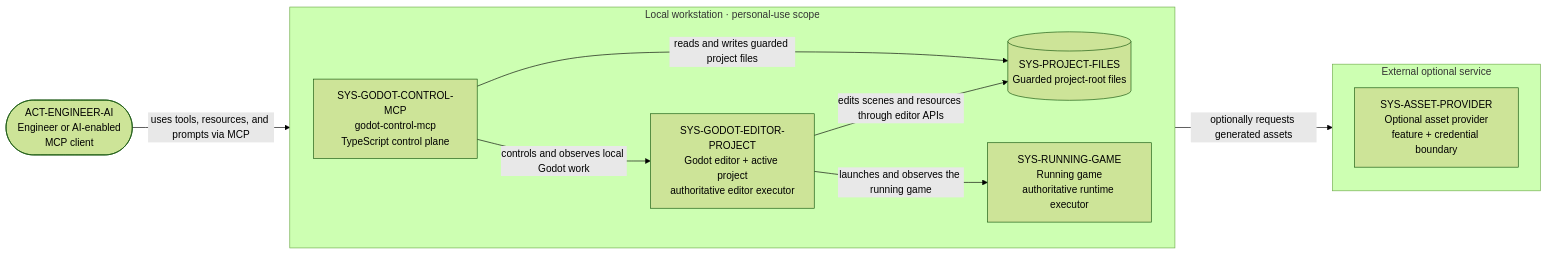
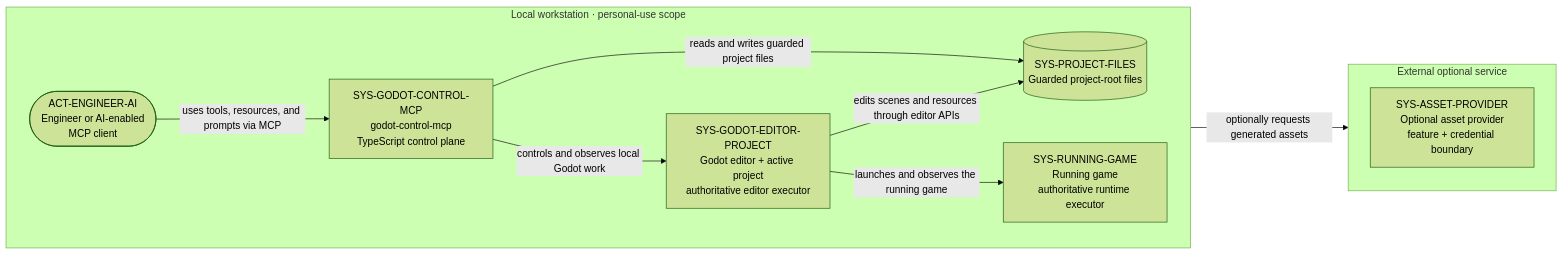
One commit to 9thLevelSoftware/robogodot changed the diagram in docs/architecture/01-system-context.md. Above: the diagram before and after it, drawn with Mermaid (forest theme). The commit also changed 7 other files, not shown here.

Commit message:
fix: harden architecture atlas validation

````diff
--- a/docs/architecture/01-system-context.md
+++ b/docs/architecture/01-system-context.md
@@ -15,43 +15,43 @@
 ```mermaid
 flowchart LR
   accTitle: Godot Control MCP system context
   accDescr: An engineer or AI-enabled MCP client uses a local TypeScript control plane to direct the Godot editor, a running game, and guarded project files, with an optional external asset provider outside the workstation boundary.
 
-  %% atlas-node: ACT-ENGINEER-AI
-  ACT_ENGINEER_AI(["ACT-ENGINEER-AI<br/>Engineer or AI-enabled<br/>MCP client"])
-
   subgraph LOCAL_WORKSTATION["Local workstation · personal-use scope"]
     direction LR
+
+    %% atlas-node: ACT-ENGINEER-AI
+    ACT_ENGINEER_AI(["ACT-ENGINEER-AI<br/>Engineer or AI-enabled<br/>MCP client"])
 
     %% atlas-node: SYS-GODOT-CONTROL-MCP
     SYS_GODOT_CONTROL_MCP["SYS-GODOT-CONTROL-MCP<br/>godot-control-mcp<br/>TypeScript control plane"]
 
     %% atlas-node: SYS-GODOT-EDITOR-PROJECT
     SYS_GODOT_EDITOR_PROJECT["SYS-GODOT-EDITOR-PROJECT<br/>Godot editor + active project<br/>authoritative editor executor"]
 
     %% atlas-node: SYS-RUNNING-GAME
     SYS_RUNNING_GAME["SYS-RUNNING-GAME<br/>Running game<br/>authoritative runtime executor"]
 
     %% atlas-node: SYS-PROJECT-FILES
     SYS_PROJECT_FILES[("SYS-PROJECT-FILES<br/>Guarded project-root files")]
   end
 
   subgraph EXTERNAL_OPTIONAL["External optional service"]
     direction TB
     %% atlas-node: SYS-ASSET-PROVIDER
     SYS_ASSET_PROVIDER["SYS-ASSET-PROVIDER<br/>Optional asset provider<br/>feature + credential boundary"]
   end
 
   %% atlas-flow: FLOW-CTX-001
   ACT_ENGINEER_AI -->|"uses tools, resources, and prompts via MCP"| SYS_GODOT_CONTROL_MCP
   %% atlas-flow: FLOW-CTX-002
   SYS_GODOT_CONTROL_MCP -->|"controls and observes local Godot work"| SYS_GODOT_EDITOR_PROJECT
   %% atlas-flow: FLOW-CTX-003
   SYS_GODOT_EDITOR_PROJECT -->|"edits scenes and resources through editor APIs"| SYS_PROJECT_FILES
   %% atlas-flow: FLOW-CTX-004
   SYS_GODOT_EDITOR_PROJECT -->|"launches and observes the running game"| SYS_RUNNING_GAME
   %% atlas-flow: FLOW-CTX-005
   SYS_GODOT_CONTROL_MCP -->|"reads and writes guarded project files"| SYS_PROJECT_FILES
   %% atlas-flow: FLOW-CTX-006
   SYS_GODOT_CONTROL_MCP -->|"optionally requests generated assets"| SYS_ASSET_PROVIDER
 ```
````
